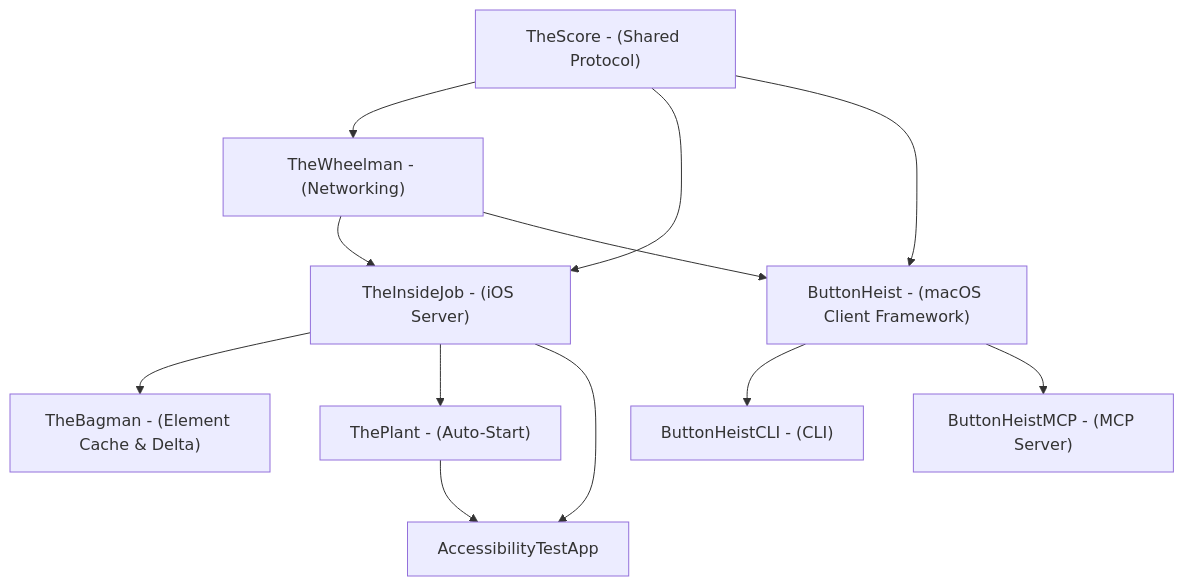
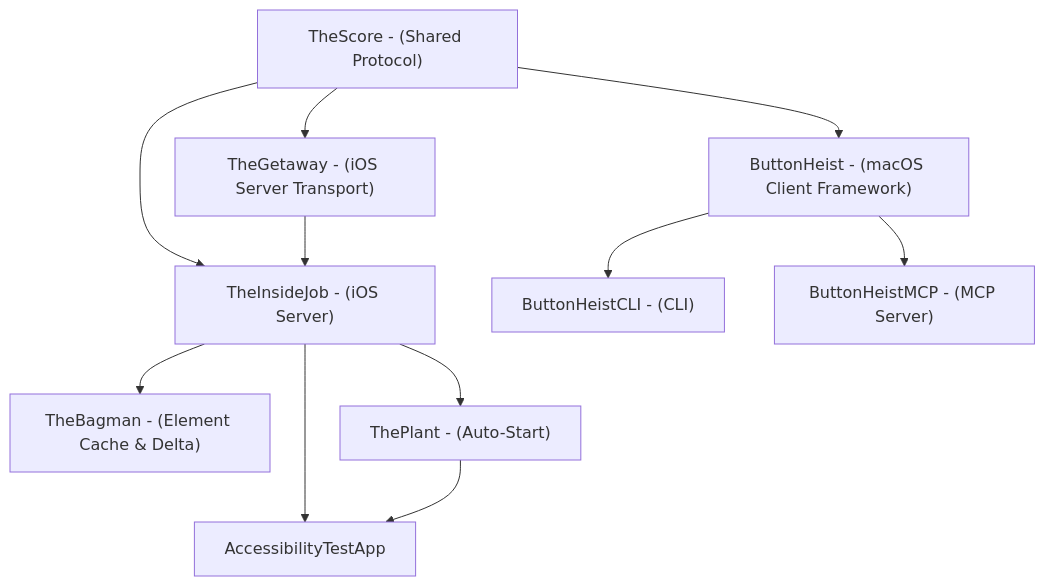
The first of 2 diagrams in docs/dossiers/00-OVERVIEW.md (RoyalPineapple/TheButtonHeist), drawn with Mermaid before and after one commit. The commit also changed other lines of this file and 6 other files, not shown here.

First line of the commit message:
Update CLAUDE.md and dossiers for TheWheelman → TheGetaway/TheHandoff split

````diff
--- a/docs/dossiers/00-OVERVIEW.md
+++ b/docs/dossiers/00-OVERVIEW.md
@@ -36,24 +36,23 @@
 ```mermaid
 graph TD
     TheScore["TheScore - (Shared Protocol)"]
-    TW["TheWheelman - (Networking)"]
+    TheGetaway["TheGetaway - (iOS Server Transport)"]
     TheInsideJob["TheInsideJob - (iOS Server)"]
     TheBagman["TheBagman - (Element Cache & Delta)"]
     ThePlant["ThePlant - (Auto-Start)"]
     ButtonHeist["ButtonHeist - (macOS Client Framework)"]
     CLI["ButtonHeistCLI - (CLI)"]
     MCP["ButtonHeistMCP - (MCP Server)"]
     TestApp["AccessibilityTestApp"]
 
-    TheScore --> TW
+    TheScore --> TheGetaway
     TheScore --> TheInsideJob
-    TW --> TheInsideJob
-    TW --> ButtonHeist
+    TheGetaway --> TheInsideJob
     TheScore --> ButtonHeist
     ButtonHeist --> CLI
     ButtonHeist --> MCP
     TheInsideJob --> TheBagman
     TheInsideJob --> ThePlant
     TheInsideJob --> TestApp
     ThePlant --> TestApp
 ```
````
